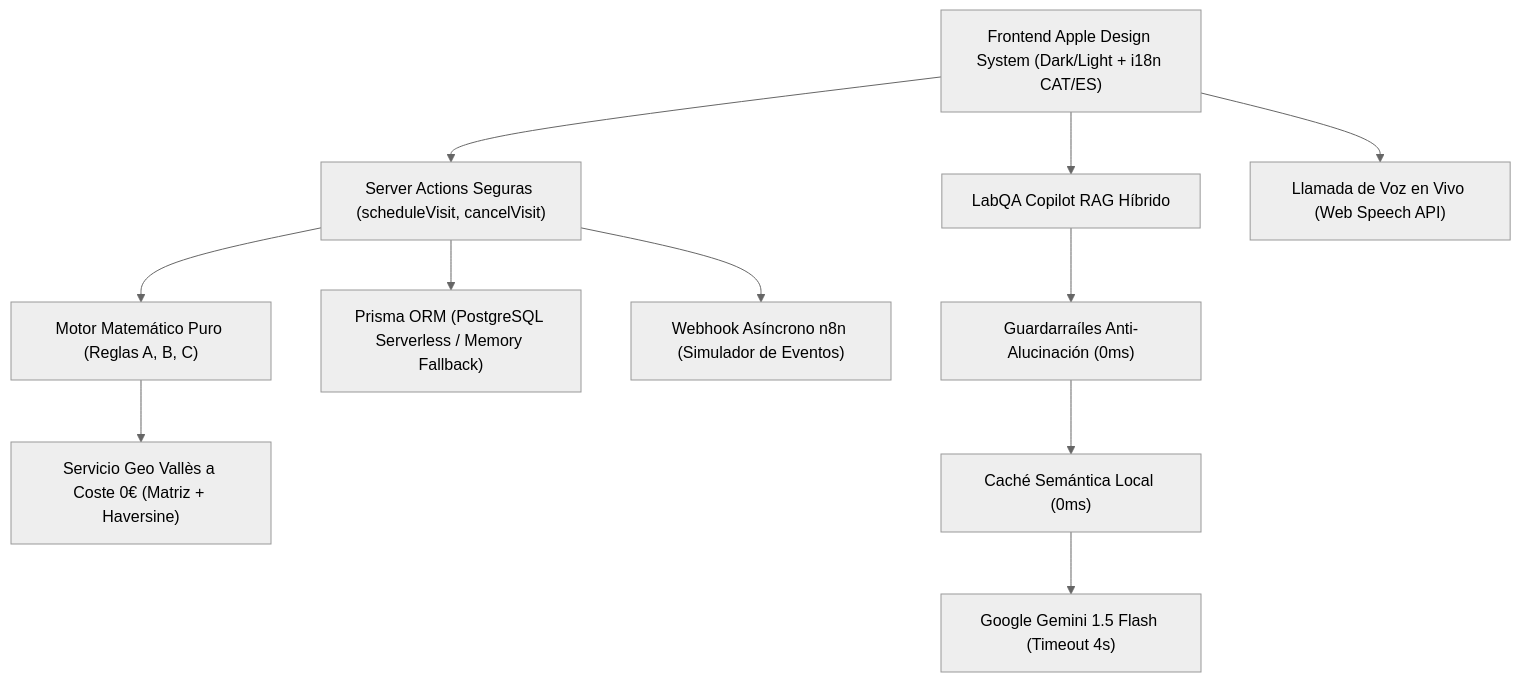
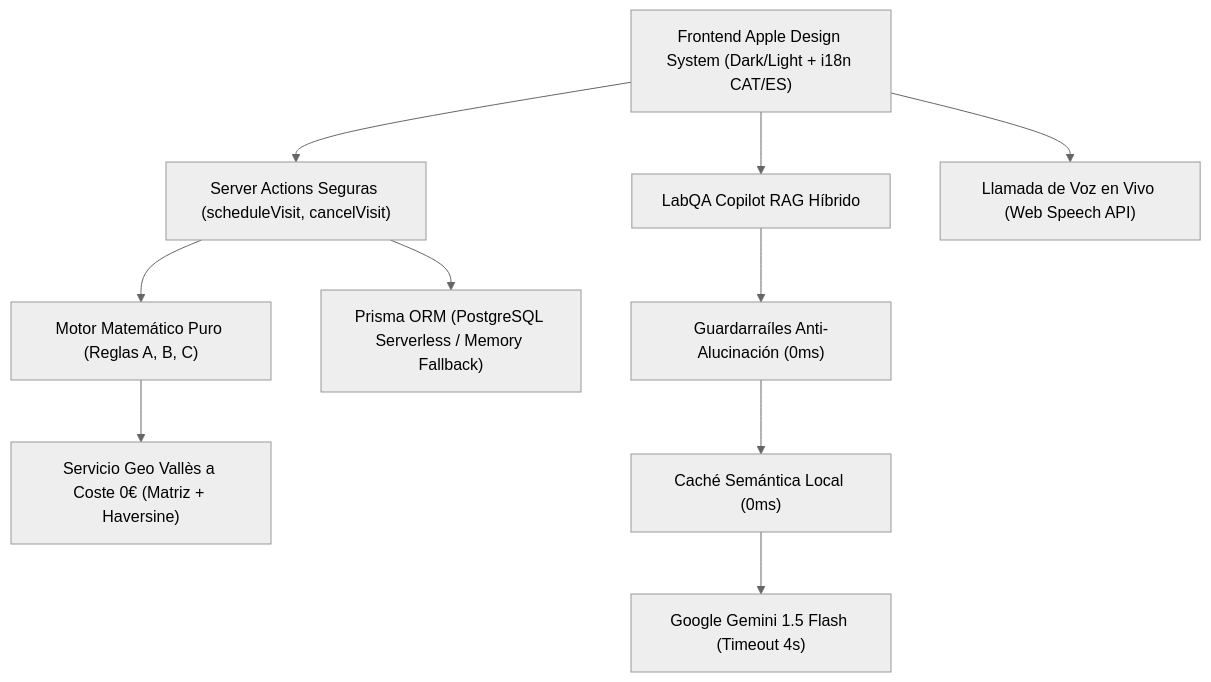
The diagram in README.md (MNDzzzzz/planificador-visitas-obras), drawn with Mermaid (neutral theme) before and after one commit. The commit also changed other lines of this file and 24 other files, not shown here.

````diff
--- a/README.md
+++ b/README.md
@@ -41,13 +41,12 @@
 ```mermaid
 graph TD
     UI["Frontend Apple Design System (Dark/Light + i18n CAT/ES)"] --> Actions["Server Actions Seguras (scheduleVisit, cancelVisit)"]
     Actions --> Rules["Motor Matemático Puro (Reglas A, B, C)"]
     Rules --> Routing["Servicio Geo Vallès a Coste 0€ (Matriz + Haversine)"]
     Actions --> Prisma["Prisma ORM (PostgreSQL Serverless / Memory Fallback)"]
-    Actions --> N8N["Webhook Asíncrono n8n (Simulador de Eventos)"]
     UI --> Copilot["LabQA Copilot RAG Híbrido"]
     Copilot --> Guardrails["Guardarraíles Anti-Alucinación (0ms)"]
     Guardrails --> Cache["Caché Semántica Local (0ms)"]
     Cache --> Gemini["Google Gemini 1.5 Flash (Timeout 4s)"]
     UI --> Voice["Llamada de Voz en Vivo (Web Speech API)"]
 ```
````
